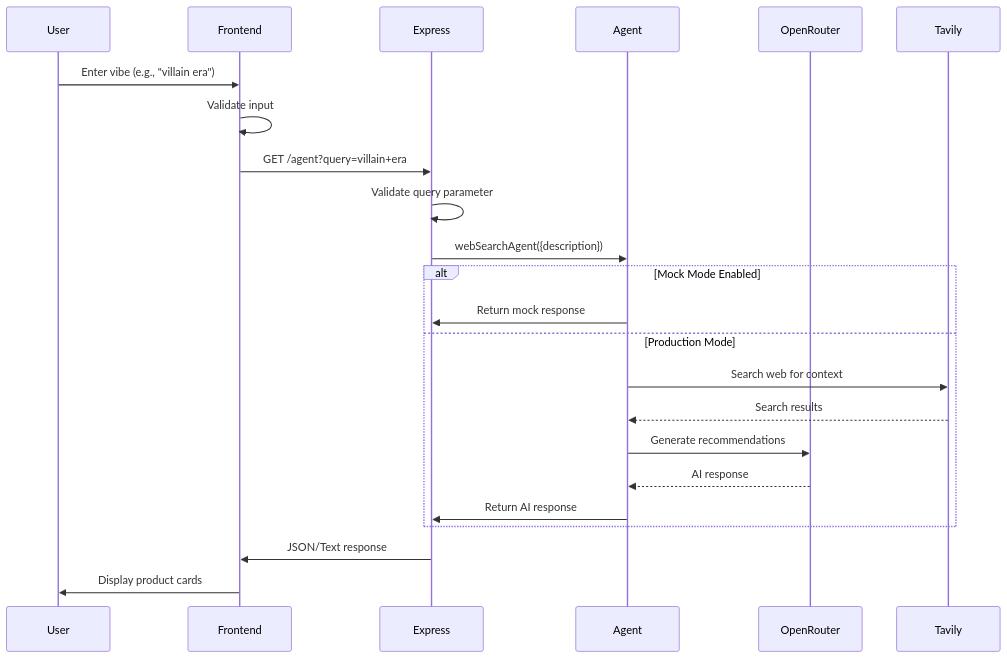
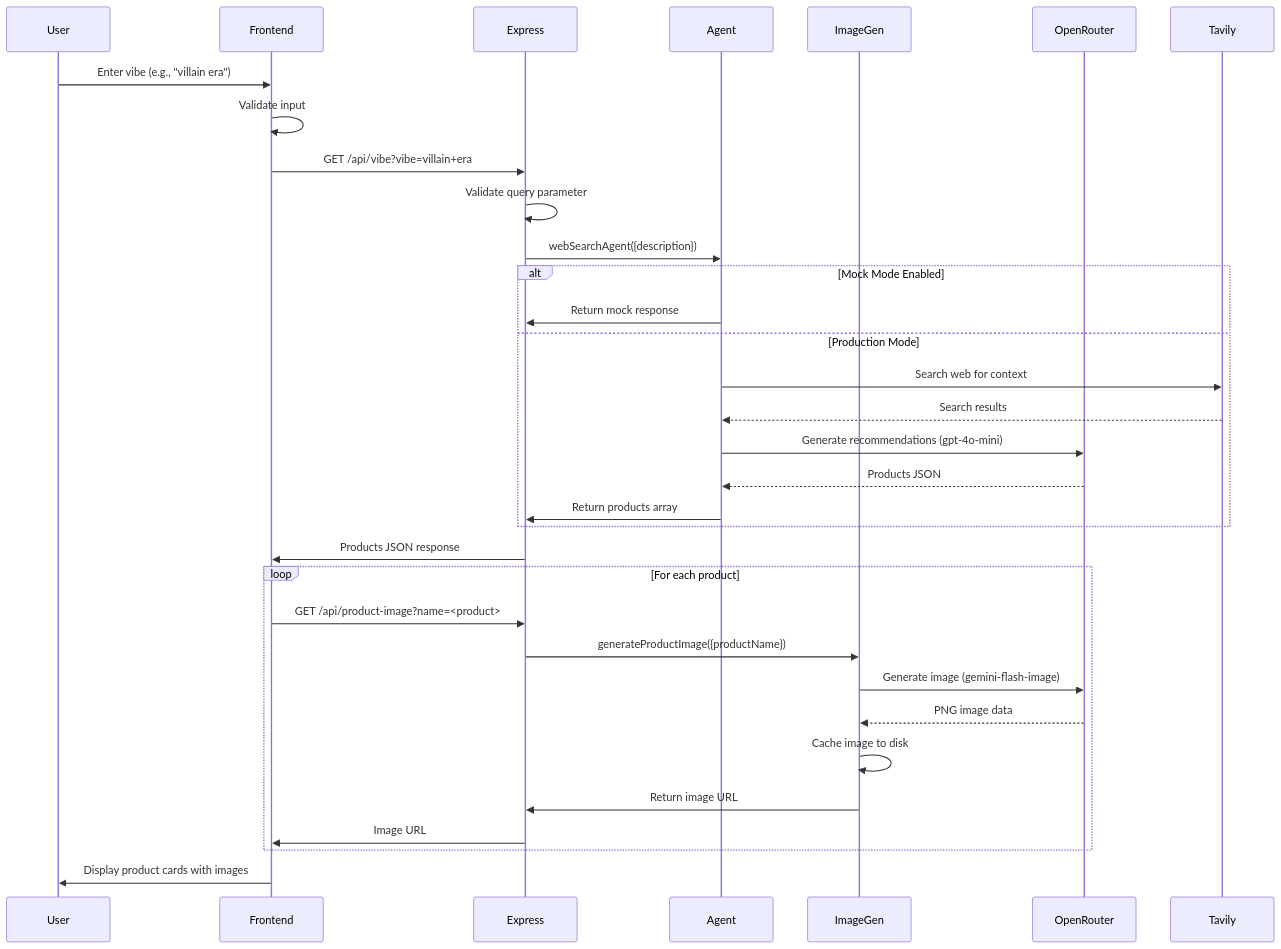
Before and after one commit to shrutikapoor08/codetv-openrouter-vibe-to-cart: the second of 8 diagrams in ARCHITECTURE.md, drawn with Mermaid. The commit also changed other lines of this file, not shown here.

First line of the commit message:
docs: update ARCHITECTURE.md with complete OpenRouter usage

````diff
--- a/ARCHITECTURE.md
+++ b/ARCHITECTURE.md
@@ -64,28 +74,40 @@
 ```mermaid
 sequenceDiagram
     participant User
     participant Frontend
     participant Express
     participant Agent
+    participant ImageGen
     participant OpenRouter
     participant Tavily
 
     User->>Frontend: Enter vibe (e.g., "villain era")
     Frontend->>Frontend: Validate input
-    Frontend->>Express: GET /agent?query=villain+era
+    Frontend->>Express: GET /api/vibe?vibe=villain+era
     Express->>Express: Validate query parameter
     Express->>Agent: webSearchAgent({description})
 
     alt Mock Mode Enabled
         Agent->>Express: Return mock response
     else Production Mode
         Agent->>Tavily: Search web for context
         Tavily-->>Agent: Search results
-        Agent->>OpenRouter: Generate recommendations
-        OpenRouter-->>Agent: AI response
-        Agent->>Express: Return AI response
+        Agent->>OpenRouter: Generate recommendations (gpt-4o-mini)
+        OpenRouter-->>Agent: Products JSON
+        Agent->>Express: Return products array
     end
 
-    Express->>Frontend: JSON/Text response
-    Frontend->>User: Display product cards
+    Express->>Frontend: Products JSON response
+    
+    loop For each product
+        Frontend->>Express: GET /api/product-image?name=<product>
+        Express->>ImageGen: generateProductImage({productName})
+        ImageGen->>OpenRouter: Generate image (gemini-flash-image)
+        OpenRouter-->>ImageGen: PNG image data
+        ImageGen->>ImageGen: Cache image to disk
+        ImageGen->>Express: Return image URL
+        Express->>Frontend: Image URL
+    end
+
+    Frontend->>User: Display product cards with images
 ```
````
